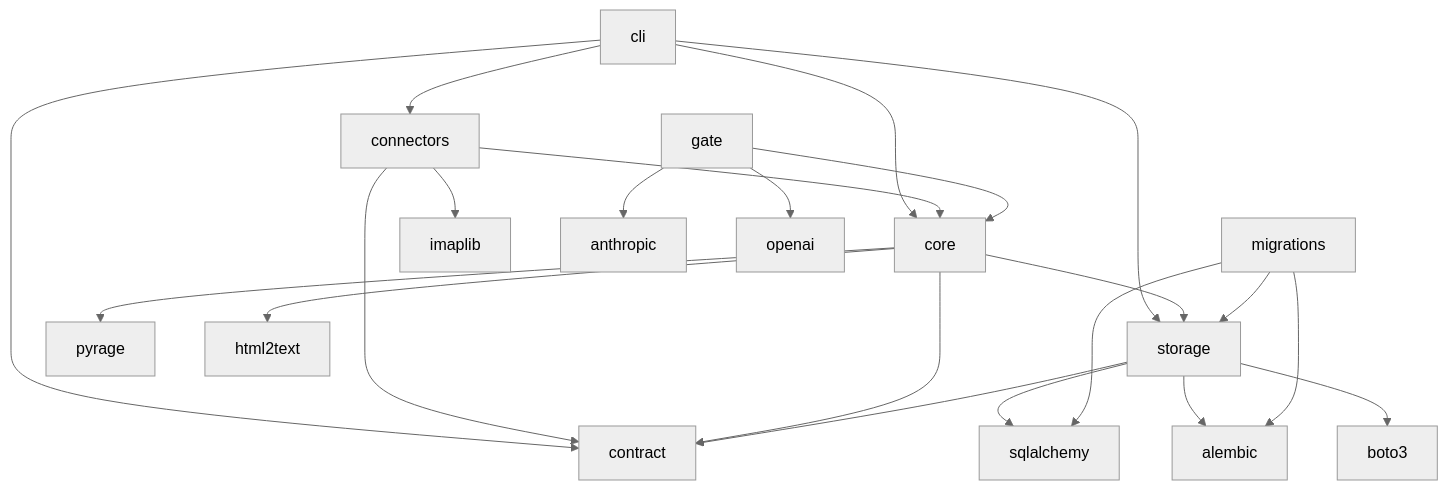
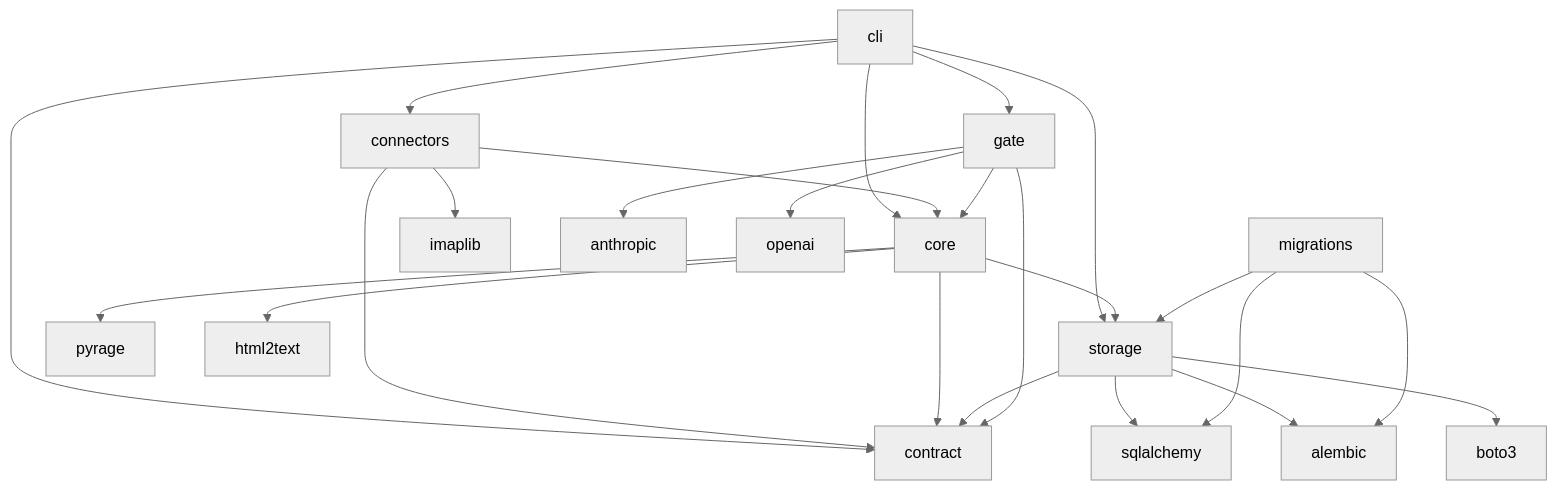
Before and after one commit to jensens/previously: the diagram in docs/explanation/module-boundaries.md, drawn with Mermaid (neutral theme). The commit also changed other lines of this file and 25 other files, not shown here.

````diff
--- a/docs/explanation/module-boundaries.md
+++ b/docs/explanation/module-boundaries.md
@@ -31,26 +31,28 @@
 ```{mermaid}
-:caption: The import edges on 2026-10-09: eleven between its own modules, and not one of them exempted. Ten arrows leave the package.
+:caption: The import edges on 2026-10-09: thirteen between its own modules, and not one of them exempted. Ten arrows leave the package.
 
 graph TD
     cli[cli] --> connectors[connectors]
     cli --> core[core]
     cli --> storage[storage]
     cli --> contract[contract]
+    cli --> gate[gate]
     connectors --> core
     connectors --> contract
     core --> storage
     core --> contract
     migrations[migrations] --> storage
     storage --> contract
     storage --> sqlalchemy[sqlalchemy]
     storage --> alembic[alembic]
     migrations --> sqlalchemy
     migrations --> alembic
     core --> pyrage[pyrage]
     storage --> boto3[boto3]
     core --> html2text[html2text]
     connectors --> imaplib[imaplib]
     gate --> core
+    gate --> contract
     gate --> anthropic[anthropic]
     gate --> openai[openai]
 ```
````
